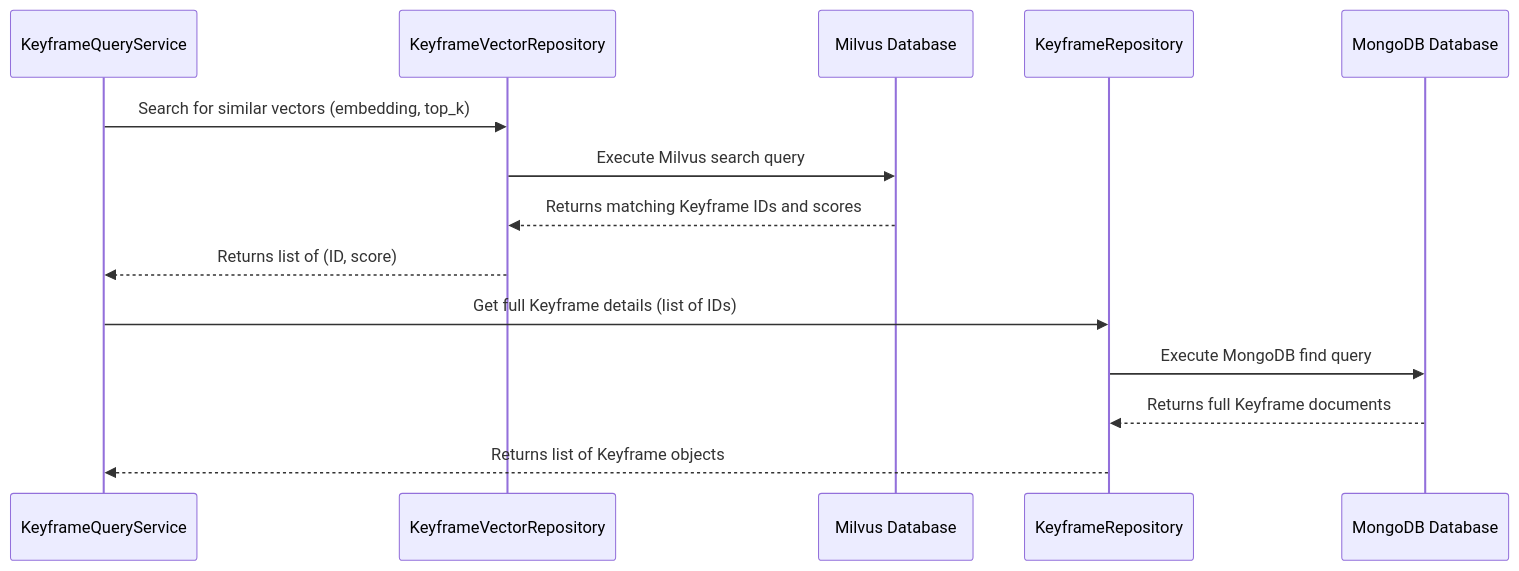
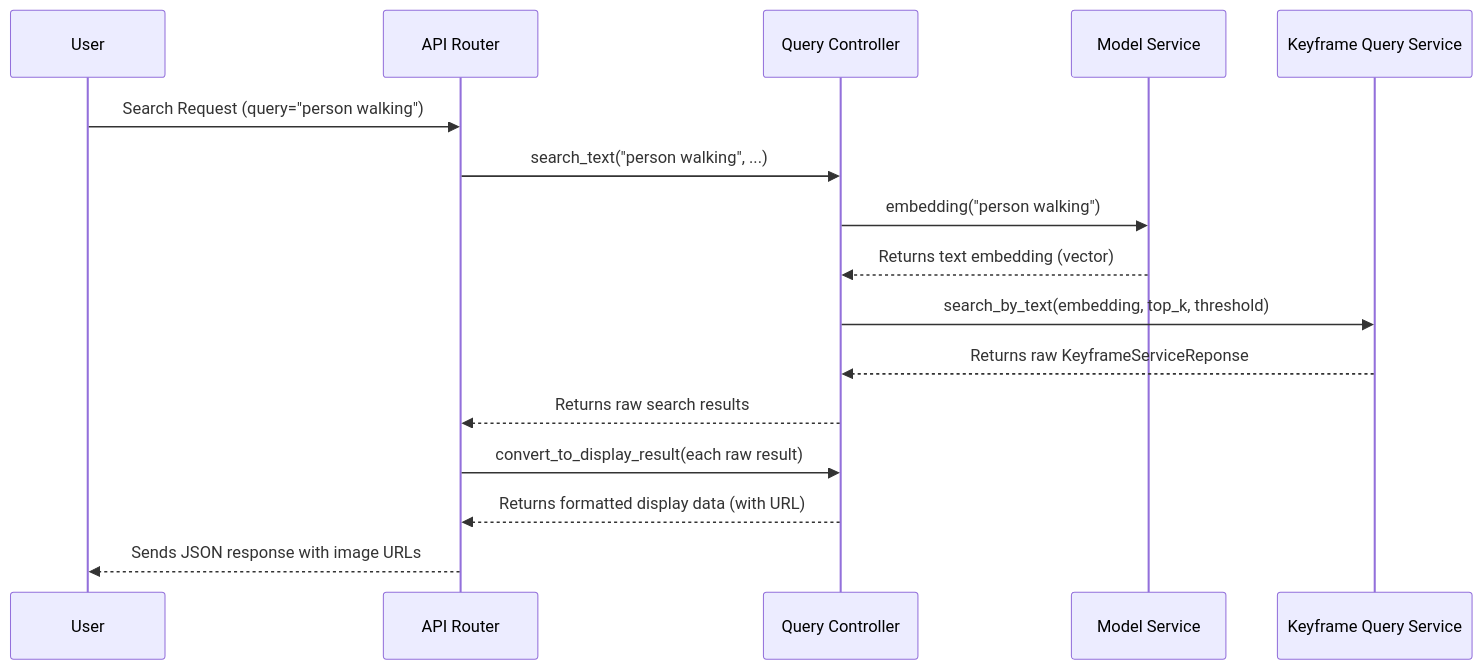
The diagram in Baseline documentations/HCMAI2025_Baseline/06_data_access_layer__repositories__.md (ThanhDanh1510/Image-Retrieval-System-for-AIC2025), drawn with Mermaid before and after one commit. The commit also changed other lines of this file, not shown here.

First line of the commit message:
Revise chapter to focus on Query Controller

````diff
--- a/Baseline documentations/HCMAI2025_Baseline/06_data_access_layer__repositories__.md
+++ b/Baseline documentations/HCMAI2025_Baseline/06_data_access_layer__repositories__.md
@@ -101,18 +86,19 @@
 ```mermaid
 sequenceDiagram
-    participant KQS as KeyframeQueryService
-    participant KVR as KeyframeVectorRepository
-    participant MilvusDB as Milvus Database
-    participant KMR as KeyframeRepository
-    participant MongoDB as MongoDB Database
-
-    KQS->>KVR: Search for similar vectors (embedding, top_k)
-    KVR->>MilvusDB: Execute Milvus search query
-    MilvusDB-->>KVR: Returns matching Keyframe IDs and scores
-    KVR-->>KQS: Returns list of (ID, score)
+    participant User as User
+    participant API_Router as API Router
+    participant QC as Query Controller
+    participant MS as Model Service
+    participant KQS as Keyframe Query Service
     
-    KQS->>KMR: Get full Keyframe details (list of IDs)
-    KMR->>MongoDB: Execute MongoDB find query
-    MongoDB-->>KMR: Returns full Keyframe documents
-    KMR-->>KQS: Returns list of Keyframe objects
+    User->>API_Router: Search Request (query="person walking")
+    API_Router->>QC: search_text("person walking", ...)
+    QC->>MS: embedding("person walking")
+    MS-->>QC: Returns text embedding (vector)
+    QC->>KQS: search_by_text(embedding, top_k, threshold)
+    KQS-->>QC: Returns raw KeyframeServiceReponse
+    QC-->>API_Router: Returns raw search results
+    API_Router->>QC: convert_to_display_result(each raw result)
+    QC-->>API_Router: Returns formatted display data (with URL)
+    API_Router-->>User: Sends JSON response with image URLs
 ```
````
